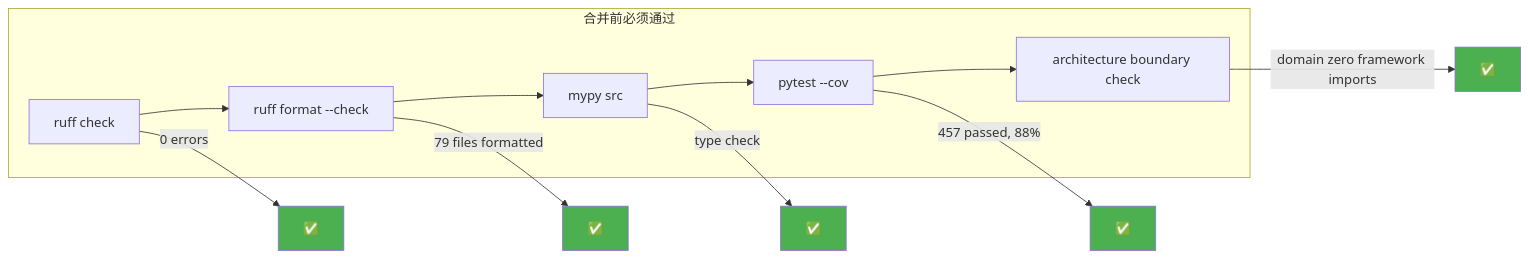
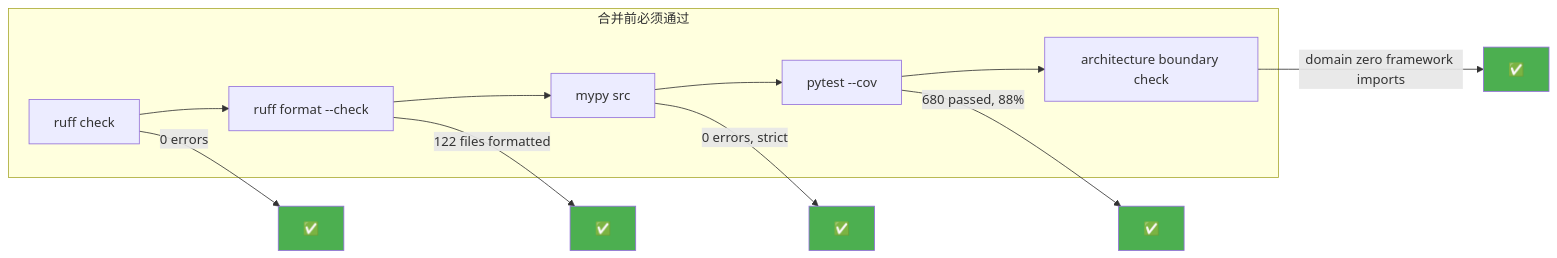
The ninth of 10 diagrams in agent-service/app/agents/cooking/tests/TESTING_REPORT.md (foodmind-team/foodmind-intelligence), drawn with Mermaid before and after one commit. The commit also changed other lines of this file and 49 other files, not shown here.

````diff
--- a/agent-service/app/agents/cooking/tests/TESTING_REPORT.md
+++ b/agent-service/app/agents/cooking/tests/TESTING_REPORT.md
@@ -450,21 +468,21 @@
 ```mermaid
 flowchart LR
     subgraph "合并前必须通过"
         A["ruff check"] --> B["ruff format --check"]
         B --> C["mypy src"]
         C --> D["pytest --cov"]
         D --> E["architecture boundary check"]
     end
 
     A -->|"0 errors"| PASS1["✅"]
-    B -->|"79 files formatted"| PASS2["✅"]
-    C -->|"type check"| PASS3["✅"]
-    D -->|"457 passed, 88%"| PASS4["✅"]
+    B -->|"122 files formatted"| PASS2["✅"]
+    C -->|"0 errors, strict"| PASS3["✅"]
+    D -->|"680 passed, 88%"| PASS4["✅"]
     E -->|"domain zero framework imports"| PASS5["✅"]
 
     style PASS1 fill:#4caf50,color:#fff
     style PASS2 fill:#4caf50,color:#fff
     style PASS3 fill:#4caf50,color:#fff
     style PASS4 fill:#4caf50,color:#fff
     style PASS5 fill:#4caf50,color:#fff
 ```
````
